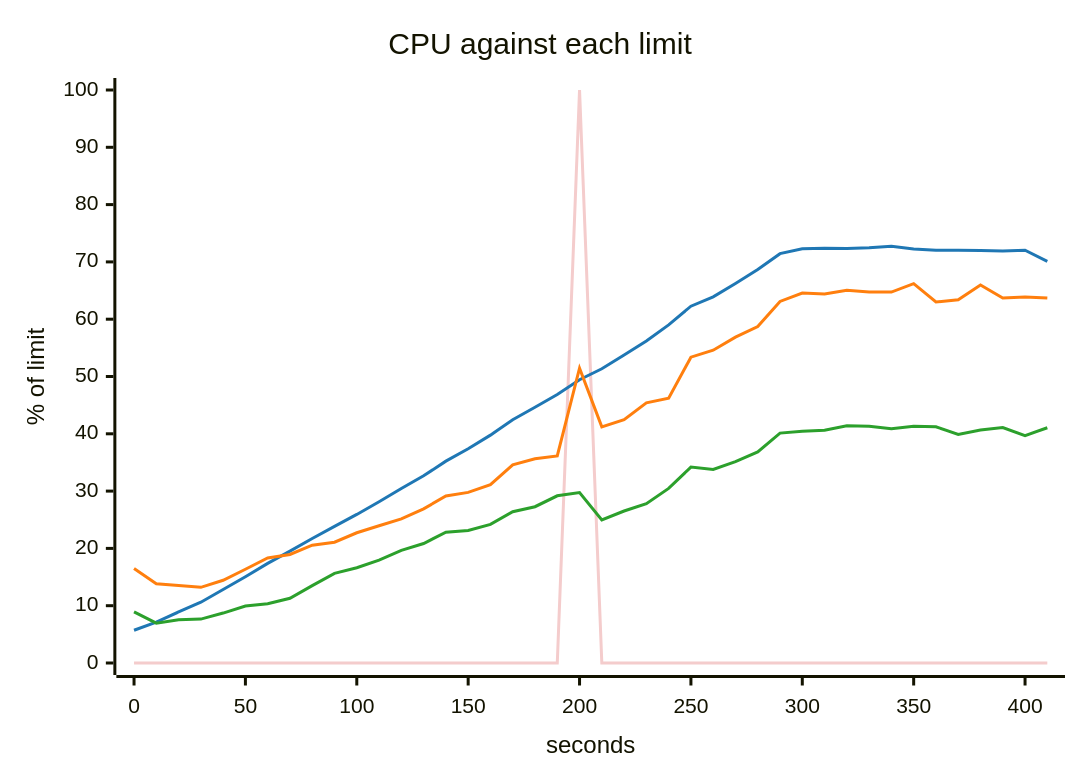
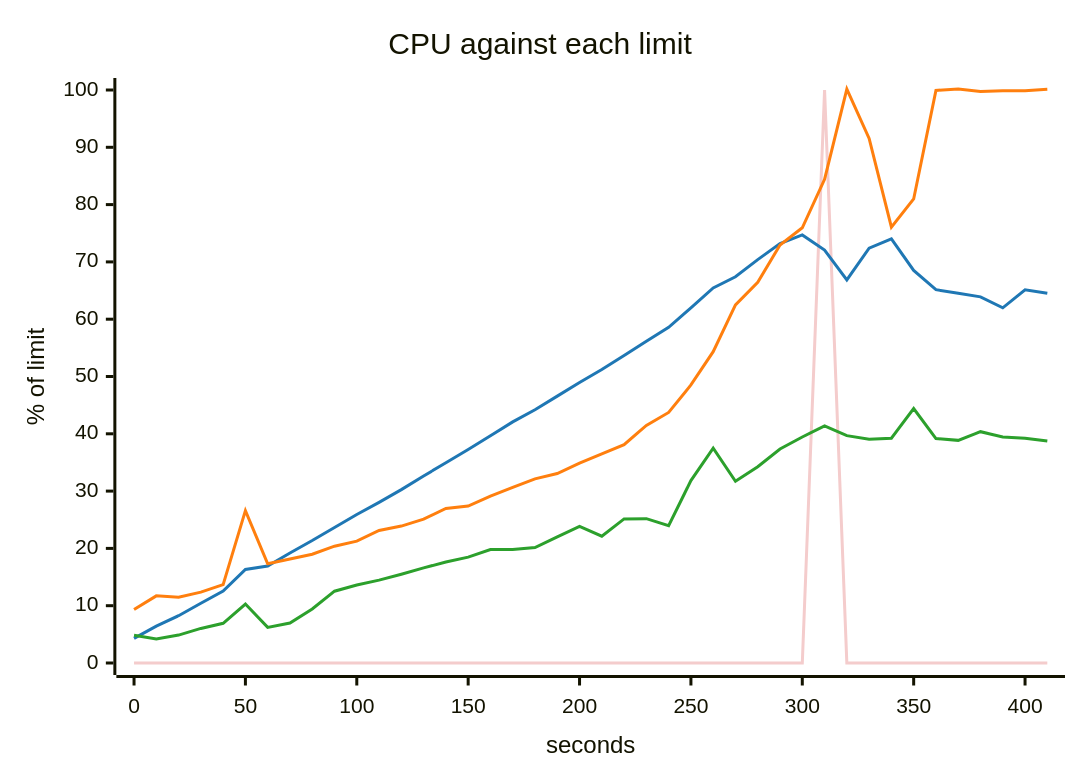
The fifth of 5 diagrams in scenarios/when-to-scale-your-database/solutions/one-query-per-page/report.md (akinfemi/load-lore), drawn with Mermaid before and after one commit. The commit also changed other lines of this file and 71 other files, not shown here.

````diff
--- a/scenarios/when-to-scale-your-database/solutions/one-query-per-page/report.md
+++ b/scenarios/when-to-scale-your-database/solutions/one-query-per-page/report.md
@@ -96,17 +97,17 @@
 ```mermaid
 ---
 config:
   themeVariables:
     xyChart:
       backgroundColor: "transparent"
       plotColorPalette: "#f4cccc, #1f77b4, #ff7f0e, #2ca02c"
 ---
 xychart-beta
     title "CPU against each limit"
     x-axis "seconds" 0 --> 410
     y-axis "% of limit" 0 --> 100
-    line [0, 0, 0, 0, 0, 0, 0, 0, 0, 0, 0, 0, 0, 0, 0, 0, 0, 0, 0, 0, 100, 0, 0, 0, 0, 0, 0, 0, 0, 0, 0, 0, 0, 0, 0, 0, 0, 0, 0, 0, 0, 0]
-    line [5.712, 7.127, 8.903, 10.614, 12.825, 15.065, 17.388, 19.533, 21.726, 23.838, 25.927, 28.141, 30.466, 32.677, 35.226, 37.395, 39.769, 42.447, 44.629, 46.845, 49.439, 51.354, 53.739, 56.204, 59.012, 62.27, 63.906, 66.237, 68.677, 71.439, 72.275, 72.369, 72.355, 72.457, 72.735, 72.248, 72.021, 72.035, 72.006, 71.911, 72.043, 70.106]
-    line [16.477, 13.842, 13.533, 13.203, 14.433, 16.366, 18.32, 18.948, 20.569, 21.083, 22.728, 23.95, 25.161, 26.902, 29.144, 29.773, 31.122, 34.592, 35.645, 36.135, 51.447, 41.214, 42.461, 45.397, 46.22, 53.373, 54.587, 56.871, 58.715, 63.103, 64.573, 64.415, 65.051, 64.753, 64.731, 66.196, 63.004, 63.407, 65.965, 63.711, 63.884, 63.68]
-    line [8.92, 6.949, 7.565, 7.666, 8.715, 9.956, 10.334, 11.301, 13.506, 15.645, 16.629, 17.955, 19.656, 20.851, 22.817, 23.12, 24.189, 26.407, 27.275, 29.18, 29.754, 24.959, 26.523, 27.803, 30.471, 34.186, 33.786, 35.159, 36.838, 40.117, 40.426, 40.638, 41.415, 41.309, 40.899, 41.296, 41.222, 39.904, 40.676, 41.082, 39.679, 41.061]
+    line [0, 0, 0, 0, 0, 0, 0, 0, 0, 0, 0, 0, 0, 0, 0, 0, 0, 0, 0, 0, 0, 0, 0, 0, 0, 0, 0, 0, 0, 0, 0, 100, 0, 0, 0, 0, 0, 0, 0, 0, 0, 0]
+    line [4.288, 6.445, 8.251, 10.437, 12.555, 16.324, 16.913, 19.204, 21.372, 23.66, 25.926, 28.042, 30.254, 32.64, 34.941, 37.275, 39.648, 42.084, 44.205, 46.575, 48.938, 51.218, 53.671, 56.146, 58.582, 61.968, 65.457, 67.4, 70.404, 73.194, 74.701, 72.059, 66.865, 72.392, 74.009, 68.512, 65.153, 64.513, 63.895, 61.98, 65.139, 64.513]
+    line [9.351, 11.718, 11.476, 12.372, 13.672, 26.603, 17.31, 18.157, 18.98, 20.388, 21.266, 23.137, 23.899, 25.101, 26.96, 27.382, 29.142, 30.667, 32.132, 33.061, 34.879, 36.5, 38.118, 41.469, 43.725, 48.524, 54.327, 62.504, 66.444, 72.937, 75.957, 84.411, 100.159, 91.55, 76.064, 80.983, 99.933, 100.166, 99.729, 99.884, 99.884, 100.129]
+    line [4.834, 4.181, 4.869, 6.034, 6.93, 10.286, 6.218, 6.985, 9.441, 12.532, 13.599, 14.461, 15.5, 16.598, 17.628, 18.478, 19.8, 19.802, 20.148, 22.026, 23.842, 22.138, 25.152, 25.192, 23.951, 31.845, 37.49, 31.714, 34.261, 37.347, 39.443, 41.382, 39.679, 39.039, 39.232, 44.409, 39.167, 38.855, 40.369, 39.459, 39.232, 38.732]
 ```
````
